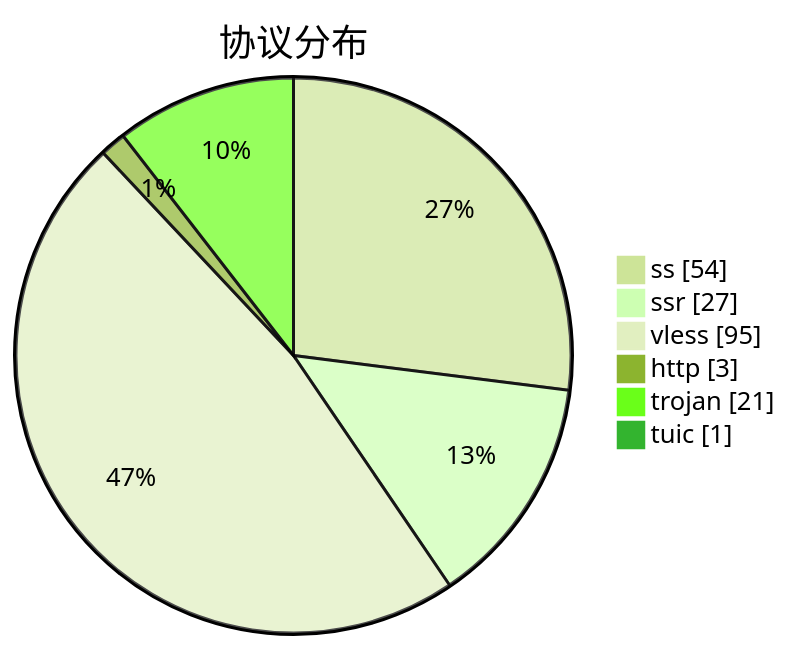
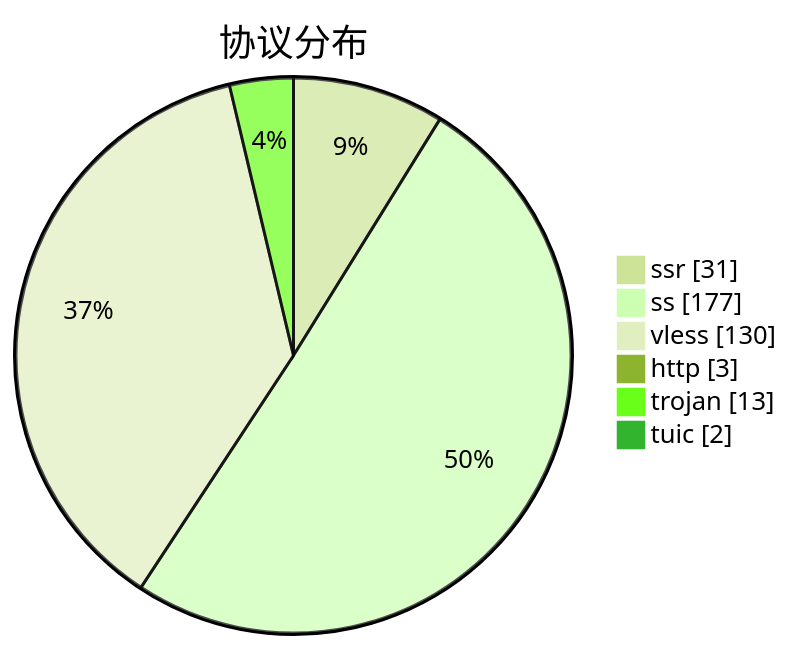
One commit to qjlxg/airport changed the third of 3 diagrams in subs/statistics/tested_within.md. Above: the diagram before and after it, drawn with Mermaid (forest theme). The commit also changed other lines of this file and 2 other files, not shown here.

````diff
--- a/subs/statistics/tested_within.md
+++ b/subs/statistics/tested_within.md
@@ -29,10 +31,10 @@
 ```mermaid
 pie showData
 title 协议分布
-"ss" : 54
-"ssr" : 27
-"vless" : 95
+"ssr" : 31
+"ss" : 177
+"vless" : 130
 "http" : 3
-"trojan" : 21
-"tuic" : 1
+"trojan" : 13
+"tuic" : 2
 ```
````
